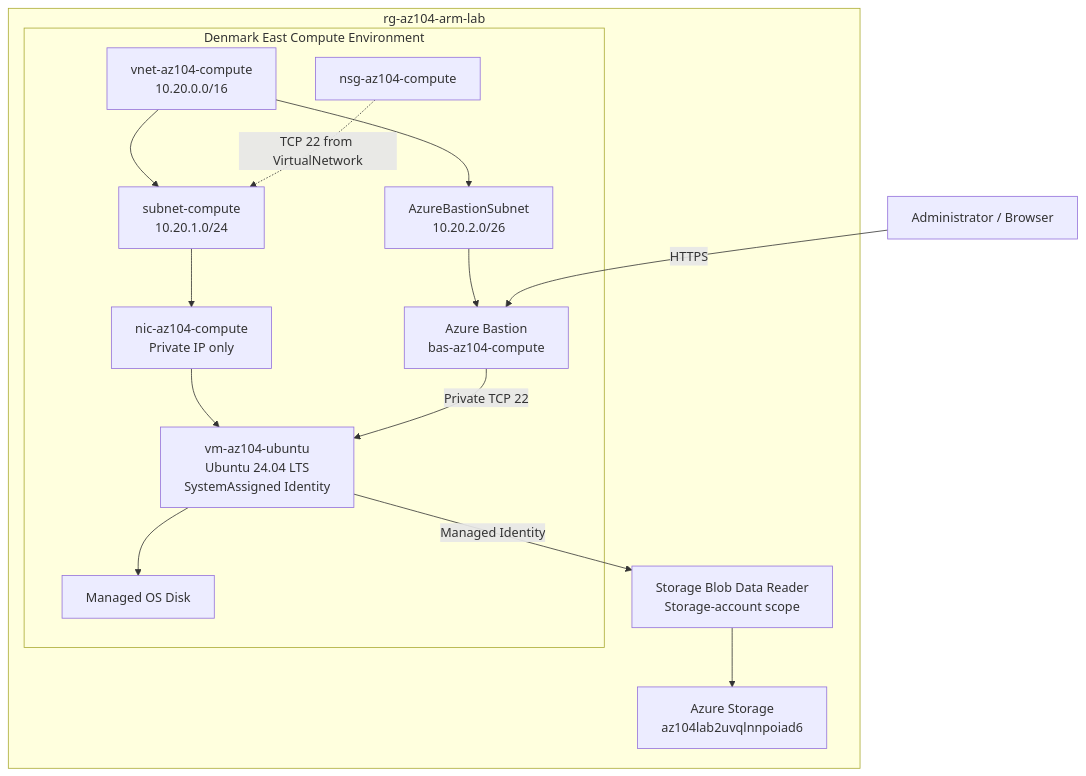
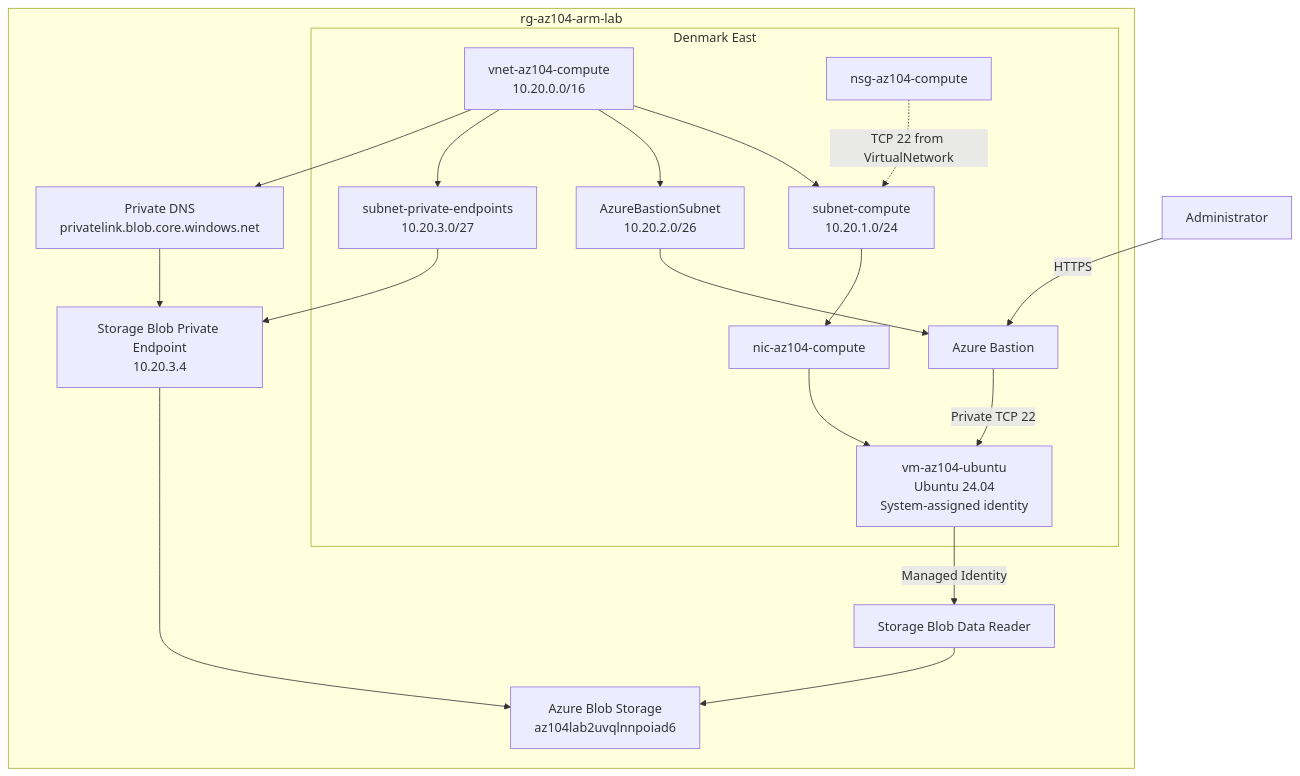
One commit to AZ1600/az104-azure-infrastructure-lab changed the diagram in README.md. Above: the diagram before and after it, drawn with Mermaid. The commit also changed other lines of this file and 8 other files, not shown here.

Commit message:
feat: add private Storage connectivity

````diff
--- a/README.md
+++ b/README.md
@@ -62,41 +83,46 @@
 ```mermaid
 flowchart TB
-    User["Administrator / Browser"]
+    User["Administrator"]
 
     subgraph RG["rg-az104-arm-lab"]
 
-        subgraph Compute["Denmark East Compute Environment"]
+        subgraph Compute["Denmark East"]
             VNet["vnet-az104-compute<br/>10.20.0.0/16"]
 
+            ComputeSubnet["subnet-compute<br/>10.20.1.0/24"]
             BastionSubnet["AzureBastionSubnet<br/>10.20.2.0/26"]
-            ComputeSubnet["subnet-compute<br/>10.20.1.0/24"]
+            PrivateEndpointSubnet["subnet-private-endpoints<br/>10.20.3.0/27"]
 
-            Bastion["Azure Bastion<br/>bas-az104-compute"]
             NSG["nsg-az104-compute"]
+            Bastion["Azure Bastion"]
+            NIC["nic-az104-compute"]
+            VM["vm-az104-ubuntu<br/>Ubuntu 24.04<br/>System-assigned identity"]
 
-            NIC["nic-az104-compute<br/>Private IP only"]
-            VM["vm-az104-ubuntu<br/>Ubuntu 24.04 LTS<br/>SystemAssigned Identity"]
-            Disk["Managed OS Disk"]
-
+            VNet --> ComputeSubnet
             VNet --> BastionSubnet
-            VNet --> ComputeSubnet
+            VNet --> PrivateEndpointSubnet
 
             BastionSubnet --> Bastion
             ComputeSubnet --> NIC
             NIC --> VM
-            VM --> Disk
 
             NSG -. "TCP 22 from VirtualNetwork" .-> ComputeSubnet
         end
 
-        Storage["Azure Storage<br/>az104lab2uvqlnnpoiad6"]
-
-        RBAC["Storage Blob Data Reader<br/>Storage-account scope"]
+        RBAC["Storage Blob Data Reader"]
+        PE["Storage Blob Private Endpoint<br/>10.20.3.4"]
+        DNS["Private DNS<br/>privatelink.blob.core.windows.net"]
+        Storage["Azure Blob Storage<br/>az104lab2uvqlnnpoiad6"]
 
         VM -->|"Managed Identity"| RBAC
         RBAC --> Storage
+
+        VNet --> DNS
+        DNS --> PE
+        PrivateEndpointSubnet --> PE
+        PE --> Storage
     end
 
     User -->|"HTTPS"| Bastion
     Bastion -->|"Private TCP 22"| VM
 ```
````
